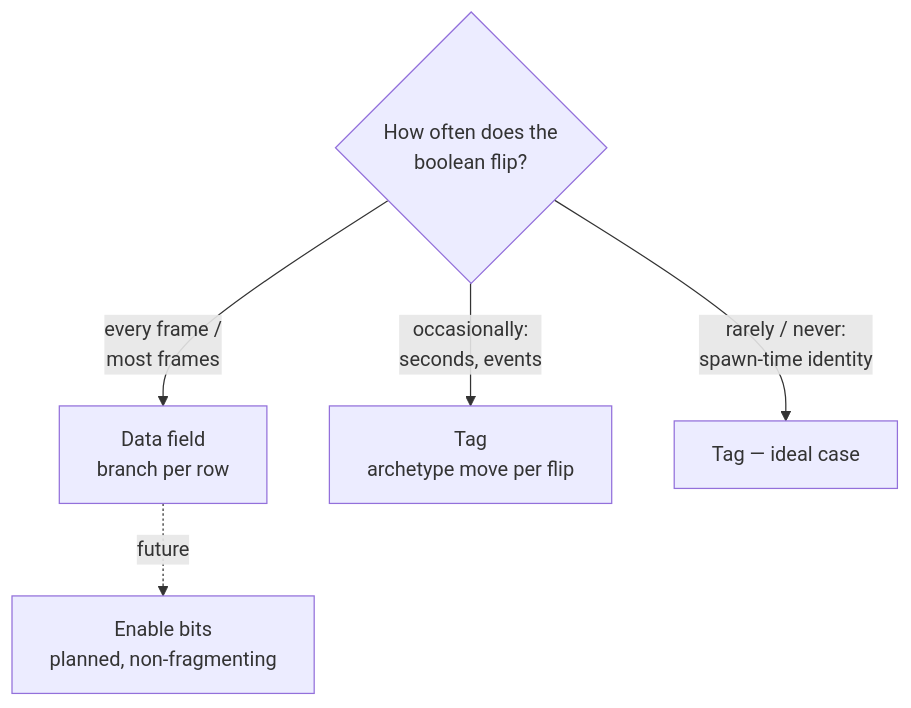
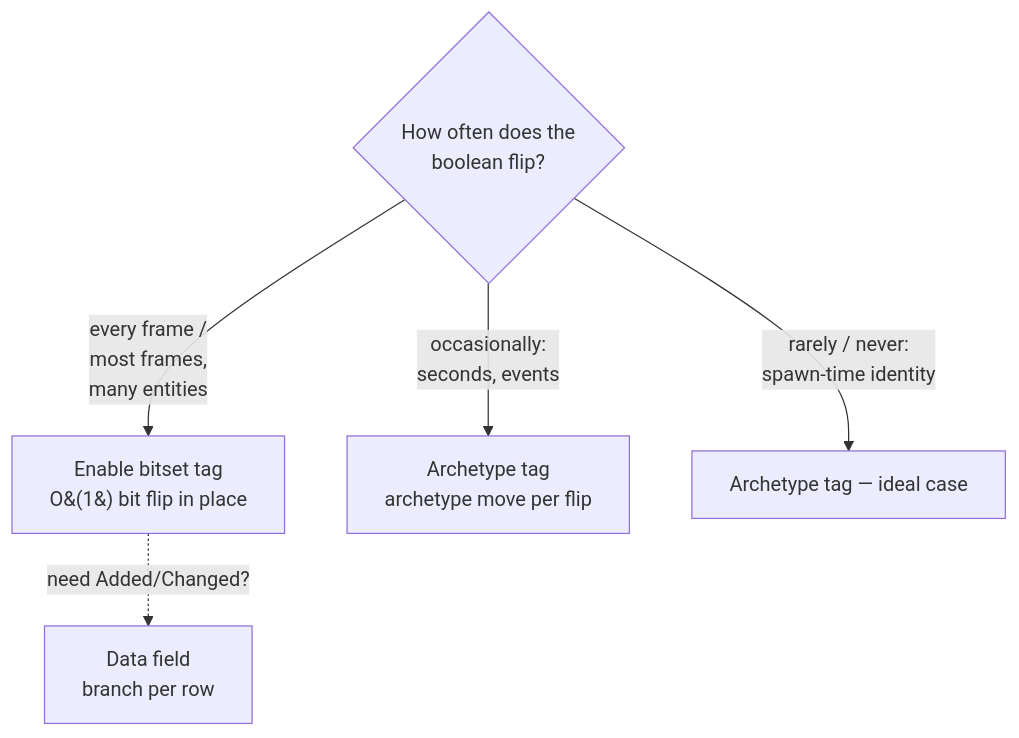
The diagram in book/src/architecture/storage-tradeoffs.md (bluesteelll/boyko-engine), drawn with Mermaid before and after one commit. The commit also changed other lines of this file and 5 other files, not shown here.

First line of the commit message:
Add EnableTag Wave 6 docs: book pages + internal subsystem catalog

````diff
--- a/book/src/architecture/storage-tradeoffs.md
+++ b/book/src/architecture/storage-tradeoffs.md
@@ -29,7 +35,7 @@
 ```mermaid
 flowchart TD
-    Q{How often does the<br/>boolean flip?} -->|every frame /<br/>most frames| F[Data field<br/>branch per row]
-    Q -->|occasionally:<br/>seconds, events| T[Tag<br/>archetype move per flip]
-    Q -->|rarely / never:<br/>spawn-time identity| T2[Tag — ideal case]
-    F -.->|future| E[Enable bits<br/>planned, non-fragmenting]
+    Q{How often does the<br/>boolean flip?} -->|every frame /<br/>most frames,<br/>many entities| E[Enable bitset tag<br/>O&#40;1&#41; bit flip in place]
+    Q -->|occasionally:<br/>seconds, events| T[Archetype tag<br/>archetype move per flip]
+    Q -->|rarely / never:<br/>spawn-time identity| T2[Archetype tag — ideal case]
+    E -.->|need Added/Changed?| F[Data field<br/>branch per row]
 ```
````
